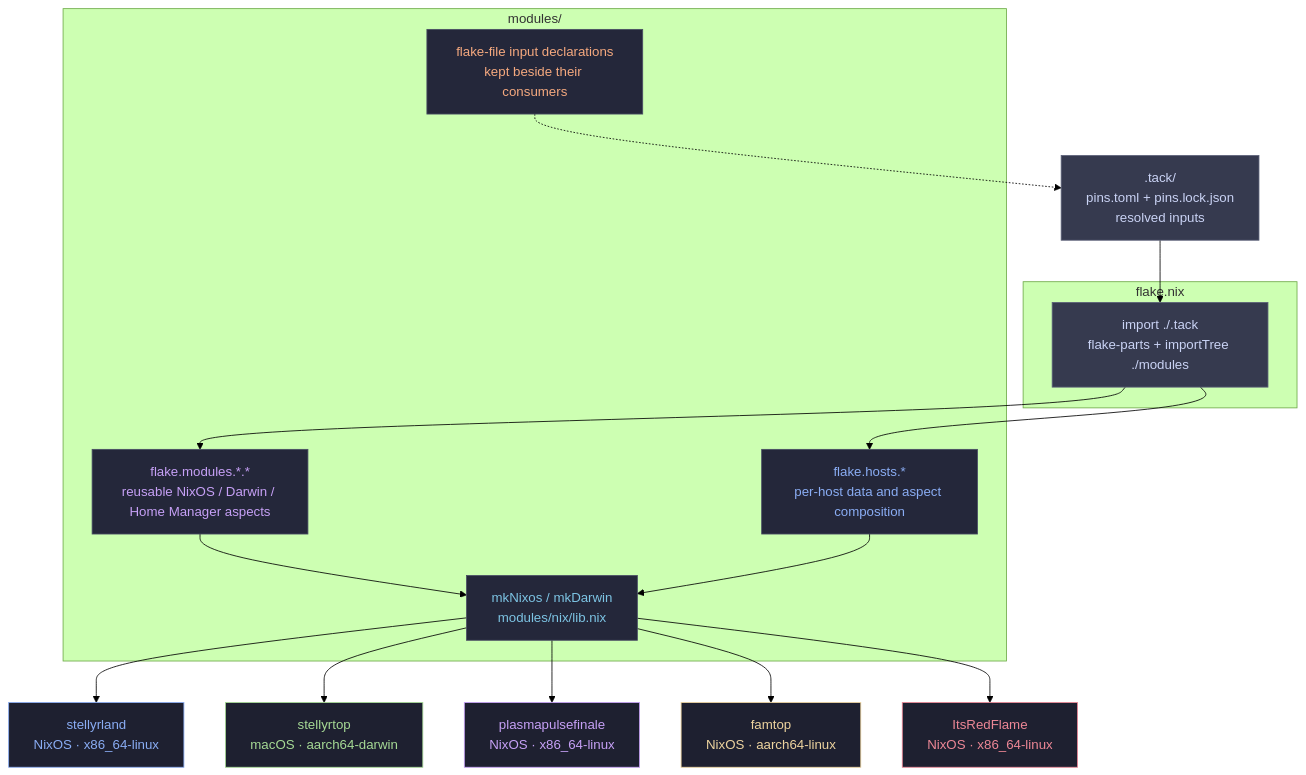
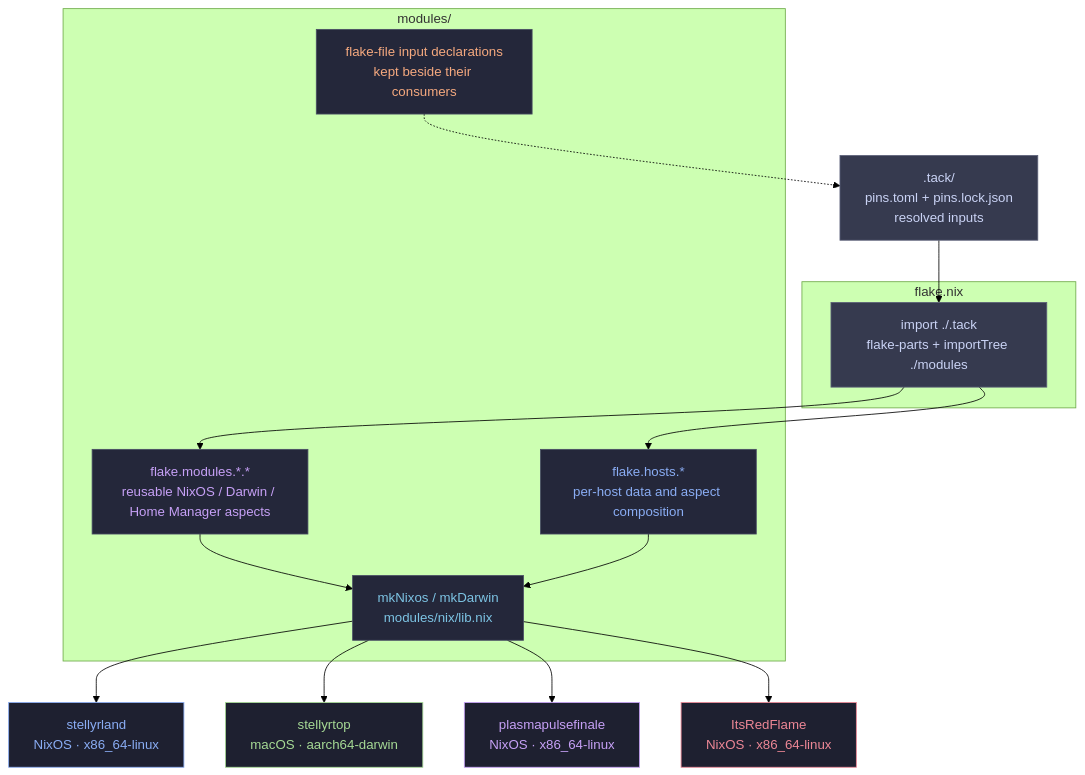
One commit to iStellanova/Stellyrland changed the diagram in README.md. Above: the diagram before and after it, drawn with Mermaid (forest theme). The commit also changed other lines of this file and 12 other files, not shown here.

````diff
--- a/README.md
+++ b/README.md
@@ -62,39 +62,37 @@
 ```mermaid
 flowchart TD
     TACK[".tack/\npins.toml + pins.lock.json\nresolved inputs"]
 
     subgraph FLAKE["flake.nix"]
         IT["import ./.tack\nflake-parts + importTree ./modules"]
     end
 
     subgraph MODS["modules/"]
         DECL["flake-file input declarations\nkept beside their consumers"]
         AGG["flake.modules.*.*\nreusable NixOS / Darwin / Home Manager aspects"]
         HOSTDATA["flake.hosts.*\nper-host data and aspect composition"]
         MK["mkNixos / mkDarwin\nmodules/nix/lib.nix"]
     end
 
     DECL -.-> TACK
     TACK --> IT
     IT --> AGG
     IT --> HOSTDATA
     AGG --> MK
     HOSTDATA --> MK
     MK --> SL["stellyrland\nNixOS · x86_64-linux"]
     MK --> ST["stellyrtop\nmacOS · aarch64-darwin"]
     MK --> PPF["plasmapulsefinale\nNixOS · x86_64-linux"]
-    MK --> FT["famtop\nNixOS · aarch64-linux"]
     MK --> IRF["ItsRedFlame\nNixOS · x86_64-linux"]
 
     style TACK fill:#363a4f,color:#cad3f5,stroke:#5b6078
     style IT fill:#363a4f,color:#cad3f5,stroke:#5b6078
     style DECL fill:#24273a,color:#f5a97f,stroke:#494d64
     style AGG fill:#24273a,color:#c6a0f6,stroke:#494d64
     style HOSTDATA fill:#24273a,color:#8aadf4,stroke:#494d64
     style MK fill:#24273a,color:#7dc4e4,stroke:#494d64
     style SL fill:#1e2030,color:#8aadf4,stroke:#8aadf4
     style ST fill:#1e2030,color:#a6da95,stroke:#a6da95
     style PPF fill:#1e2030,color:#c6a0f6,stroke:#c6a0f6
-    style FT fill:#1e2030,color:#eed49f,stroke:#eed49f
     style IRF fill:#1e2030,color:#ed8796,stroke:#ed8796
 ```
````
